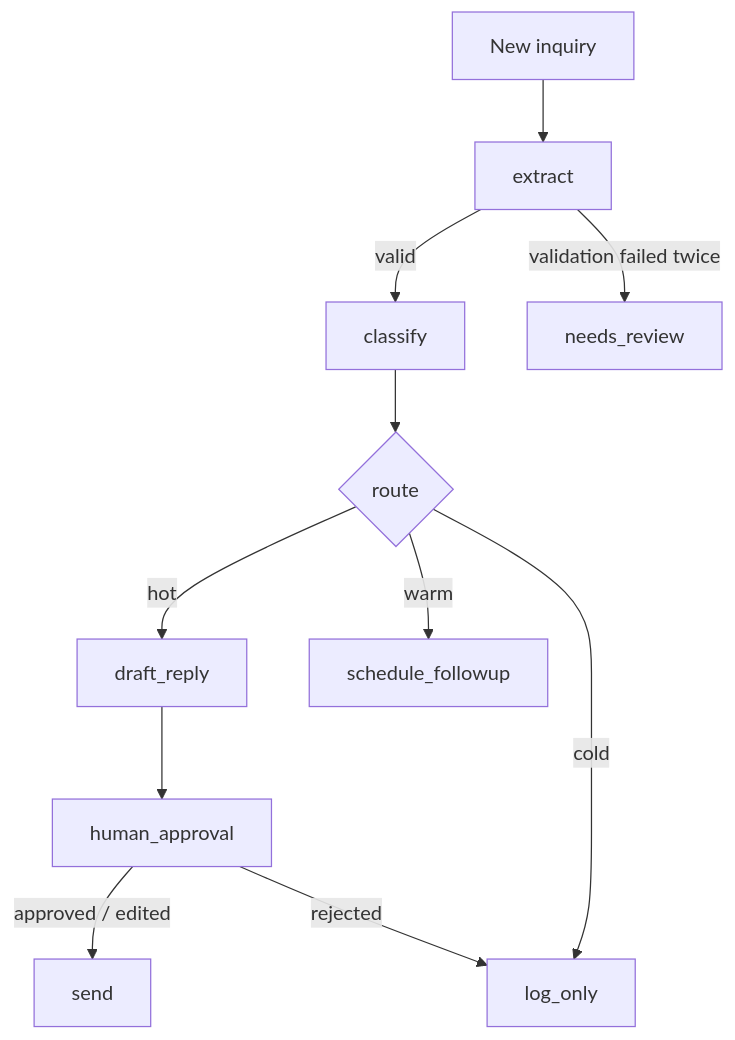
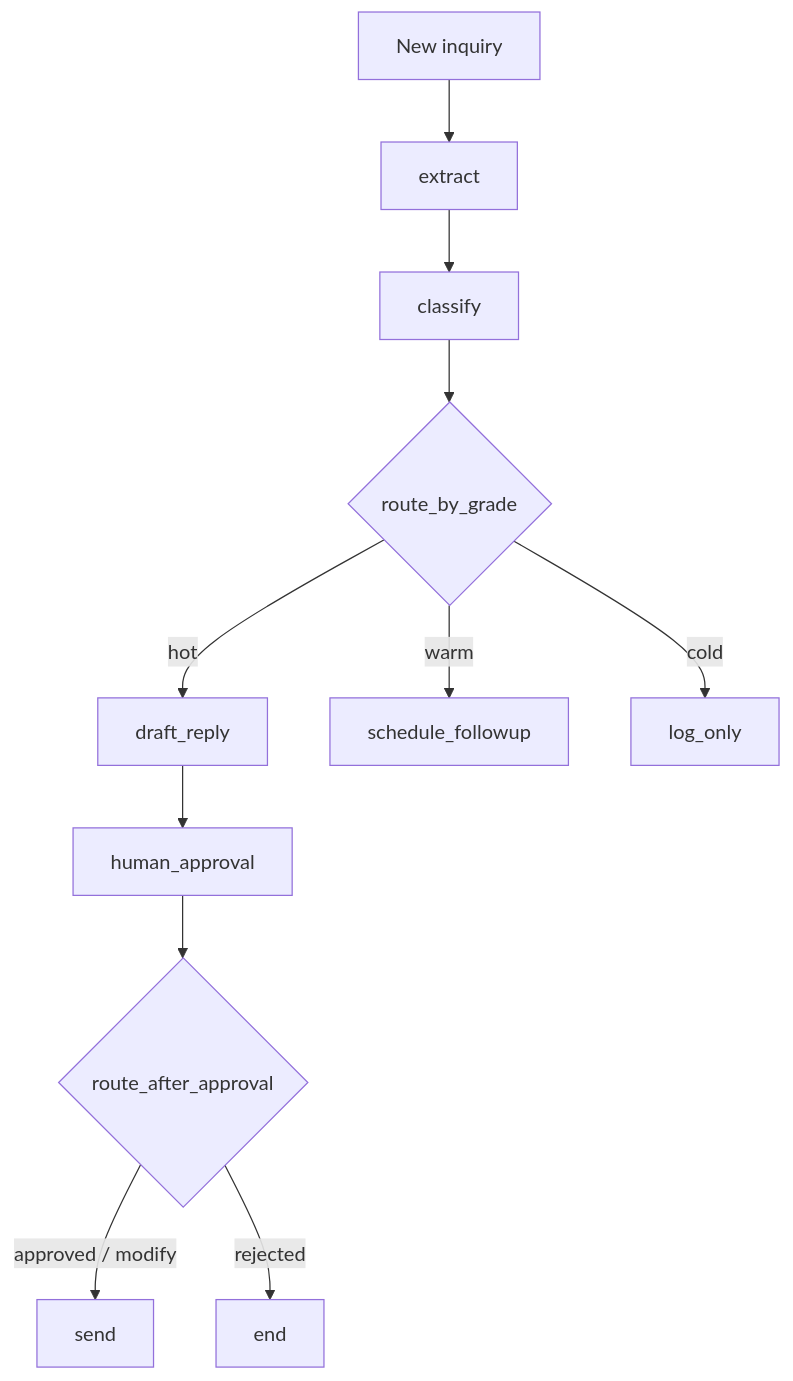
One commit to Jiwonhmm/lead-triage-agent changed the diagram in README.md. Above: the diagram before and after it, drawn with Mermaid. The commit also changed other lines of this file and 3 other files, not shown here.

````diff
--- a/README.md
+++ b/README.md
@@ -23,13 +23,13 @@
 ```mermaid
 flowchart TD
     A[New inquiry] --> B[extract]
-    B -->|valid| C[classify]
-    B -->|validation failed twice| R[needs_review]
-    C --> D{route}
+    B --> C[classify]
+    C --> D{route_by_grade}
     D -->|hot| E[draft_reply]
     D -->|warm| F[schedule_followup]
     D -->|cold| G[log_only]
     E --> H[human_approval]
-    H -->|approved / edited| I[send]
-    H -->|rejected| G
+    H --> J{route_after_approval}
+    J -->|approved / modify| I[send]
+    J -->|rejected| K[end]
 ```
````
